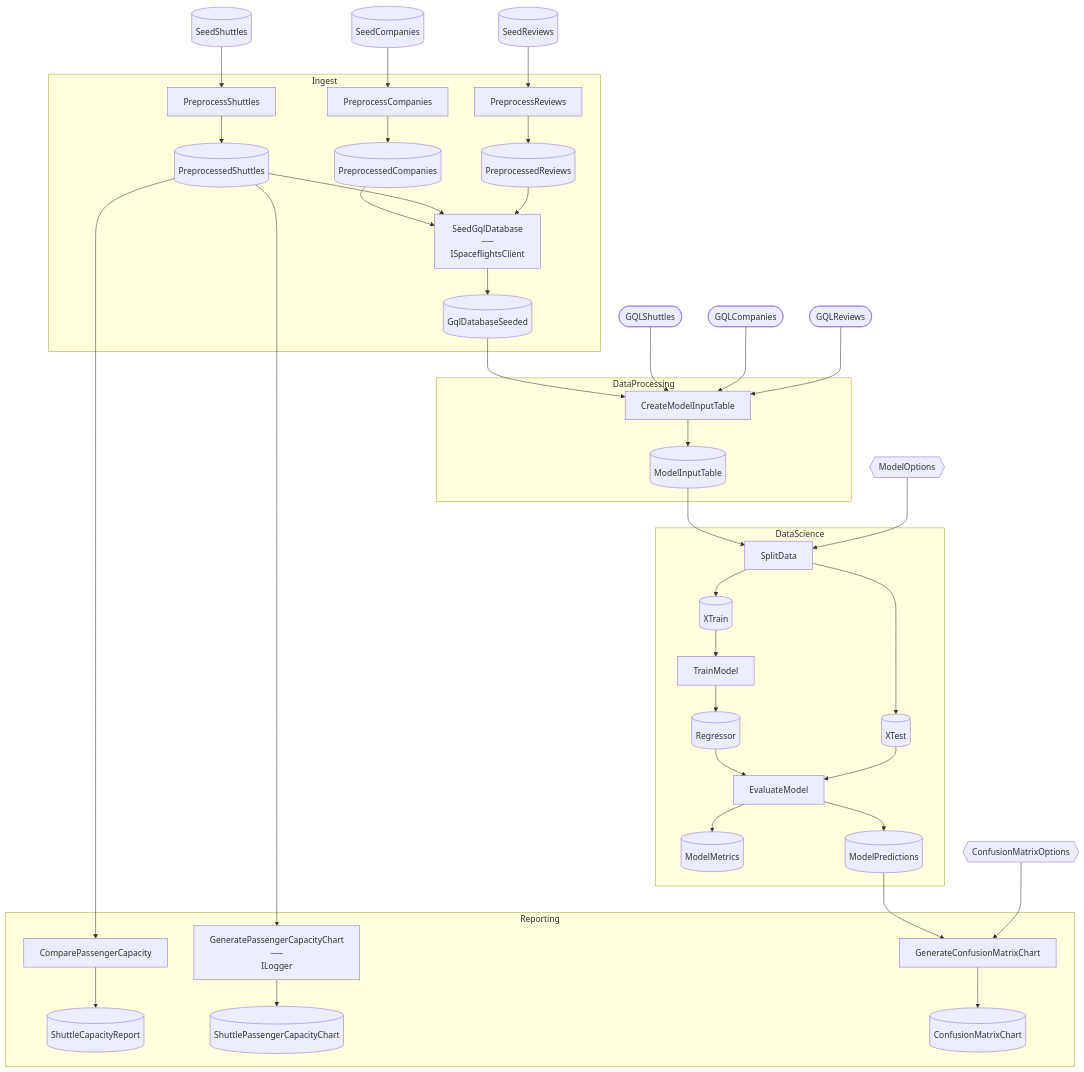
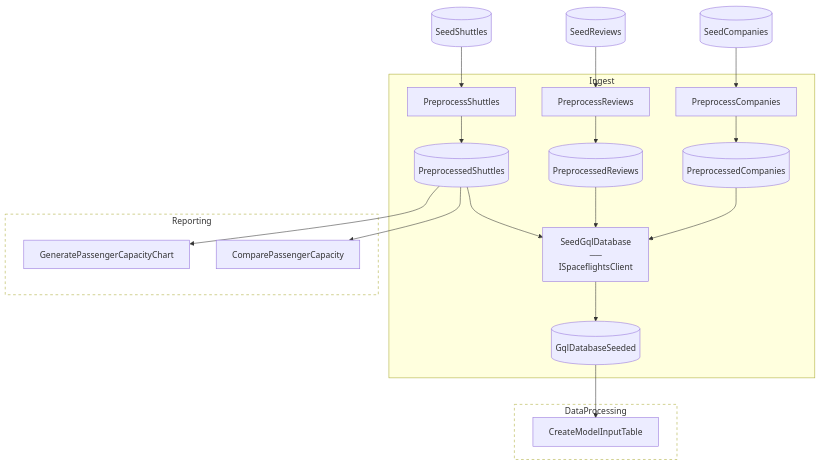
The third of 4 diagrams in examples/advanced/SpaceflightsGQL/README.md (chaoticgoodcomputing/flowthru), drawn with Mermaid before and after one commit. The commit also changed other lines of this file and 16 other files, not shown here.

Commit message:
feat: mermaid split-diagrams for >3 flows in a DAG

````diff
--- a/examples/advanced/SpaceflightsGQL/README.md
+++ b/examples/advanced/SpaceflightsGQL/README.md
@@ -39,30 +120,9 @@
 flowchart TB
 
     %% External Data Inputs
-    ConfusionMatrixOptions{{"ConfusionMatrixOptions"}}
-    GQLCompanies(["GQLCompanies"])
-    GQLReviews(["GQLReviews"])
-    GQLShuttles(["GQLShuttles"])
-    ModelOptions{{"ModelOptions"}}
     SeedCompanies[("SeedCompanies")]
     SeedReviews[("SeedReviews")]
     SeedShuttles[("SeedShuttles")]
-
-    subgraph DataProcessing["DataProcessing"]
-        CreateModelInputTable["CreateModelInputTable"]
-        ModelInputTable[("ModelInputTable")]
-    end
-
-    subgraph DataScience["DataScience"]
-        SplitData["SplitData"]
-        XTrain[("XTrain")]
-        XTest[("XTest")]
-        TrainModel["TrainModel"]
-        Regressor[("Regressor")]
-        EvaluateModel["EvaluateModel"]
-        ModelMetrics[("ModelMetrics")]
-        ModelPredictions[("ModelPredictions")]
-    end
 
     subgraph Ingest["Ingest"]
         PreprocessCompanies["PreprocessCompanies"]
@@ -75,13 +135,13 @@
         GqlDatabaseSeeded[("GqlDatabaseSeeded")]
     end
 
-    subgraph Reporting["Reporting"]
+    subgraph DataProcessing_ds["DataProcessing"]
+        CreateModelInputTable["CreateModelInputTable"]
+    end
+
+    subgraph Reporting_ds["Reporting"]
         ComparePassengerCapacity["ComparePassengerCapacity"]
-        ShuttleCapacityReport[("ShuttleCapacityReport")]
-        GeneratePassengerCapacityChart["GeneratePassengerCapacityChart<br>──<br>ILogger"]
-        ShuttlePassengerCapacityChart[("ShuttlePassengerCapacityChart")]
-        GenerateConfusionMatrixChart["GenerateConfusionMatrixChart"]
-        ConfusionMatrixChart[("ConfusionMatrixChart")]
+        GeneratePassengerCapacityChart["GeneratePassengerCapacityChart"]
     end
 
     %% Edges
@@ -91,31 +151,14 @@
     PreprocessShuttles --> PreprocessedShuttles
     SeedReviews --> PreprocessReviews
     PreprocessReviews --> PreprocessedReviews
-    PreprocessedShuttles --> ComparePassengerCapacity
-    ComparePassengerCapacity --> ShuttleCapacityReport
-    PreprocessedShuttles --> GeneratePassengerCapacityChart
-    GeneratePassengerCapacityChart --> ShuttlePassengerCapacityChart
     PreprocessedCompanies --> SeedGqlDatabase
     PreprocessedShuttles --> SeedGqlDatabase
     PreprocessedReviews --> SeedGqlDatabase
     SeedGqlDatabase --> GqlDatabaseSeeded
     GqlDatabaseSeeded --> CreateModelInputTable
-    GQLShuttles --> CreateModelInputTable
-    GQLCompanies --> CreateModelInputTable
-    GQLReviews --> CreateModelInputTable
-    CreateModelInputTable --> ModelInputTable
-    ModelInputTable --> SplitData
-    ModelOptions --> SplitData
-    SplitData --> XTrain
-    SplitData --> XTest
-    XTrain --> TrainModel
-    TrainModel --> Regressor
-    Regressor --> EvaluateModel
-    XTest --> EvaluateModel
-    EvaluateModel --> ModelMetrics
-    EvaluateModel --> ModelPredictions
-    ModelPredictions --> GenerateConfusionMatrixChart
-    ConfusionMatrixOptions --> GenerateConfusionMatrixChart
-    GenerateConfusionMatrixChart --> ConfusionMatrixChart
+    PreprocessedShuttles --> ComparePassengerCapacity
+    PreprocessedShuttles --> GeneratePassengerCapacityChart
 
+    classDef collapsed stroke-dasharray:5 5,fill:transparent
+    class DataProcessing_ds,Reporting_ds collapsed
 ```
````
